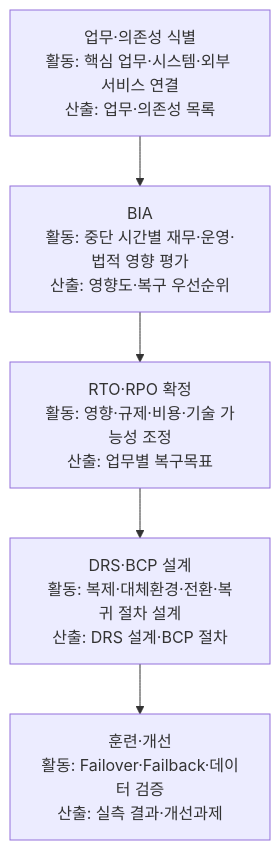
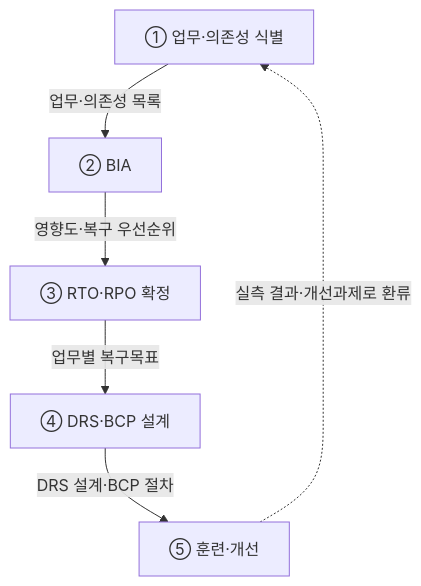
Before and after one commit to agnusdei1207/study: the first of 4 diagrams in src/content/docs/notes/itpe/01-it-strategy/018_rpo.md, drawn with Mermaid. The commit also changed other lines of this file and 19 other files, not shown here.

````diff
--- a/src/content/docs/notes/itpe/01-it-strategy/018_rpo.md
+++ b/src/content/docs/notes/itpe/01-it-strategy/018_rpo.md
@@ -54,7 +54,8 @@
 ```mermaid
 flowchart TD
-    A["업무·의존성 식별<br/>활동: 핵심 업무·시스템·외부 서비스 연결<br/>산출: 업무·의존성 목록"] --> B["BIA<br/>활동: 중단 시간별 재무·운영·법적 영향 평가<br/>산출: 영향도·복구 우선순위"]
-    B --> C["RTO·RPO 확정<br/>활동: 영향·규제·비용·기술 가능성 조정<br/>산출: 업무별 복구목표"]
-    C --> D["DRS·BCP 설계<br/>활동: 복제·대체환경·전환·복귀 절차 설계<br/>산출: DRS 설계·BCP 절차"]
-    D --> E["훈련·개선<br/>활동: Failover·Failback·데이터 검증<br/>산출: 실측 결과·개선과제"]
+    A["① 업무·의존성 식별"] -->|"업무·의존성 목록"| B["② BIA"]
+    B -->|"영향도·복구 우선순위"| C["③ RTO·RPO 확정"]
+    C -->|"업무별 복구목표"| D["④ DRS·BCP 설계"]
+    D -->|"DRS 설계·BCP 절차"| E["⑤ 훈련·개선"]
+    E -.->|"실측 결과·개선과제로 환류"| A
 ```
````
